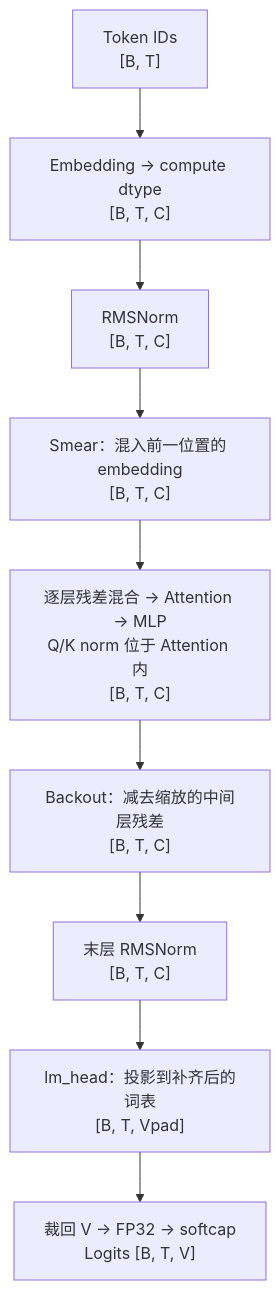
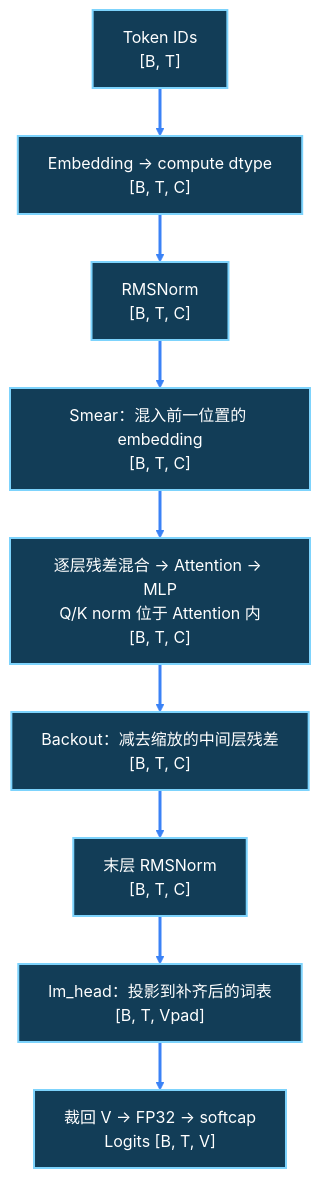
The diagram in .agents/docs/career_roadmap/w1/D4_model_shapes.md (gitlizishuohub/nanochat), drawn with Mermaid before and after one commit. The commit also changed 5 other files, not shown here.

Commit message:
docs: improve connector visibility across all documentation diagrams

````diff
--- a/.agents/docs/career_roadmap/w1/D4_model_shapes.md
+++ b/.agents/docs/career_roadmap/w1/D4_model_shapes.md
@@ -93,15 +93,18 @@
 ```mermaid
+%%{init: {"theme":"base","themeVariables":{"lineColor":"#3b82f6","defaultLinkColor":"#3b82f6","primaryColor":"#123d57","primaryTextColor":"#ffffff","primaryBorderColor":"#7dd3fc","fontSize":"16px"},"themeCSS":".marker { fill: #3b82f6 !important; stroke: #3b82f6 !important; }","flowchart":{"curve":"linear","nodeSpacing":32,"rankSpacing":48,"wrappingWidth":240}}}%%
 flowchart TD
   ids["Token IDs<br/>[B, T]"]
   embed["Embedding → compute dtype<br/>[B, T, C]"]
   first_norm["RMSNorm<br/>[B, T, C]"]
   smear["Smear：混入前一位置的 embedding<br/>[B, T, C]"]
   blocks["逐层残差混合 → Attention → MLP<br/>Q/K norm 位于 Attention 内<br/>[B, T, C]"]
   backout["Backout：减去缩放的中间层残差<br/>[B, T, C]"]
   final_norm["末层 RMSNorm<br/>[B, T, C]"]
   head["lm_head：投影到补齐后的词表<br/>[B, T, Vpad]"]
   logits["裁回 V → FP32 → softcap<br/>Logits [B, T, V]"]
 
   ids --> embed --> first_norm --> smear --> blocks
   blocks --> backout --> final_norm --> head --> logits
+    classDef default fill:#123d57,stroke:#7dd3fc,color:#ffffff,stroke-width:2px;
+    linkStyle default stroke:#3b82f6,stroke-width:3px;
 ```
````
